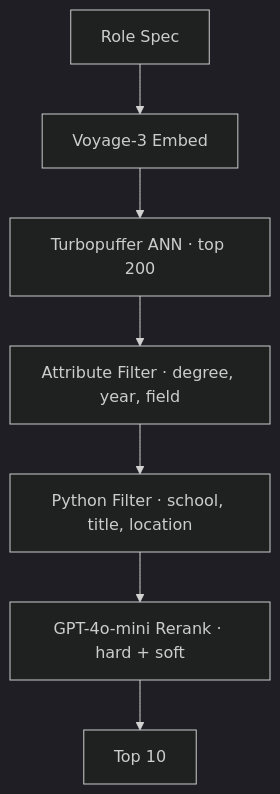
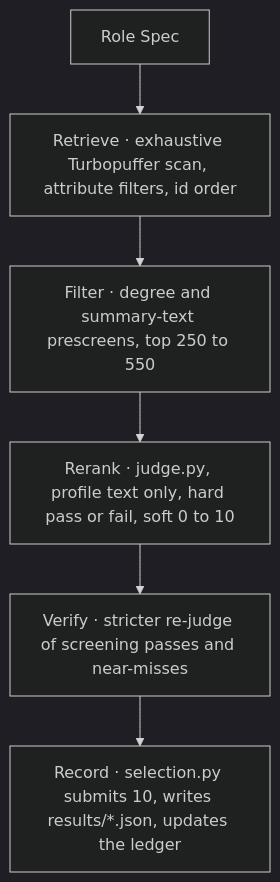
The diagram in README.md (jameswniu/candidate-vector-search-rerank-semantics), drawn with Mermaid (dark theme) before and after one commit. The commit also changed other lines of this file and 2 other files, not shown here.

Commit message:
Describe the pipeline the code runs today: exhaustive scans, not a vector top 200

````diff
--- a/README.md
+++ b/README.md
@@ -51,9 +55,8 @@
 ```mermaid
 flowchart TD
-    Q["Role Spec"] --> EMB["Voyage-3 Embed"]
-    EMB --> DB["Turbopuffer ANN · top 200"]
-    DB --> AF["Attribute Filter · degree, year, field"]
-    AF --> PF["Python Filter · school, title, location"]
-    PF --> LLM["GPT-4o-mini Rerank · hard + soft"]
-    LLM --> TOP["Top 10"]
+    Q["Role Spec"] --> RET["Retrieve · exhaustive Turbopuffer scan, attribute filters, id order"]
+    RET --> FIL["Filter · degree and summary-text prescreens, top 250 to 550"]
+    FIL --> RR["Rerank · judge.py, profile text only, hard pass or fail, soft 0 to 10"]
+    RR --> VER["Verify · stricter re-judge of screening passes and near-misses"]
+    VER --> REC["Record · selection.py submits 10, writes results/*.json, updates the ledger"]
 ```
````
